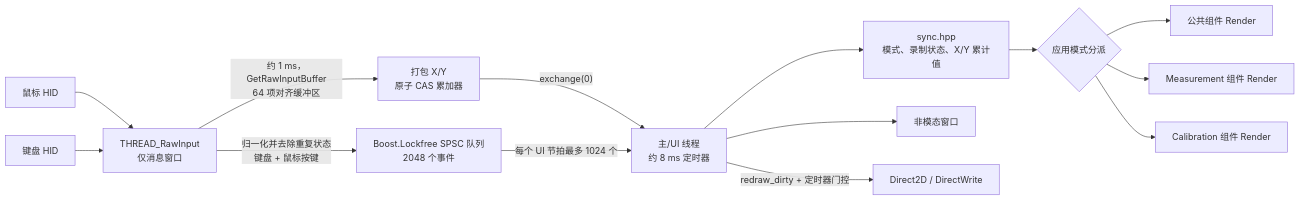
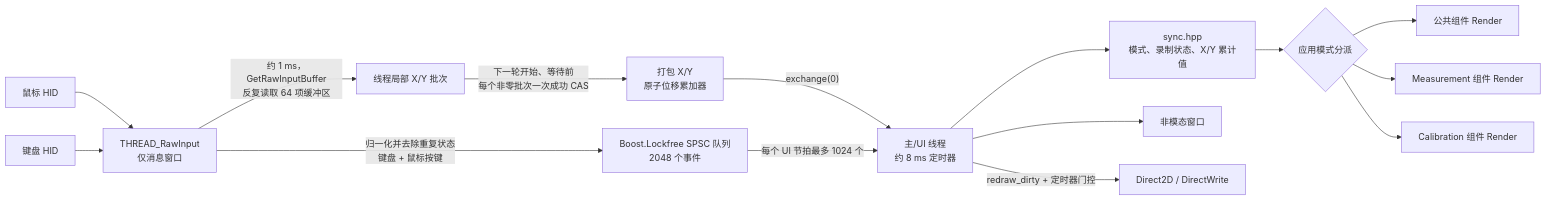
The second of 2 diagrams in README.md (wozuobuchu/WinMouseSensConverter), drawn with Mermaid before and after one commit. The commit also changed other lines of this file and 9 other files, not shown here.

````diff
--- a/README.md
+++ b/README.md
@@ -776,17 +781,18 @@
 ```mermaid
 flowchart LR
     Mouse["鼠标 HID"] --> InputThread["THREAD_RawInput<br/>仅消息窗口"]
     Keyboard["键盘 HID"] --> InputThread
-    InputThread -->|"约 1 ms，GetRawInputBuffer<br/>64 项对齐缓冲区"| Atomic["打包 X/Y<br/>原子 CAS 累加器"]
+    InputThread -->|"约 1 ms，GetRawInputBuffer<br/>反复读取 64 项缓冲区"| Batch["线程局部 X/Y 批次"]
+    Batch -->|"下一轮开始、等待前<br/>每个非零批次一次成功 CAS"| Atomic["打包 X/Y<br/>原子位移累加器"]
     Atomic -->|"exchange(0)"| Main["主/UI 线程<br/>约 8 ms 定时器"]
     InputThread -->|"归一化并去除重复状态<br/>键盘 + 鼠标按键"| Queue["Boost.Lockfree SPSC 队列<br/>2048 个事件"]
     Queue -->|"每个 UI 节拍最多 1024 个"| Main
 
     Main --> Shared["sync.hpp<br/>模式、录制状态、X/Y 累计值"]
     Shared --> Dispatcher{"应用模式分派"}
     Dispatcher --> Common["公共组件 Render"]
     Dispatcher --> Measurement["Measurement 组件 Render"]
     Dispatcher --> Calibration["Calibration 组件 Render"]
     Main --> Dialogs["非模态窗口"]
     Main -->|"redraw_dirty + 定时器门控"| D2D["Direct2D / DirectWrite"]
 ```
````
